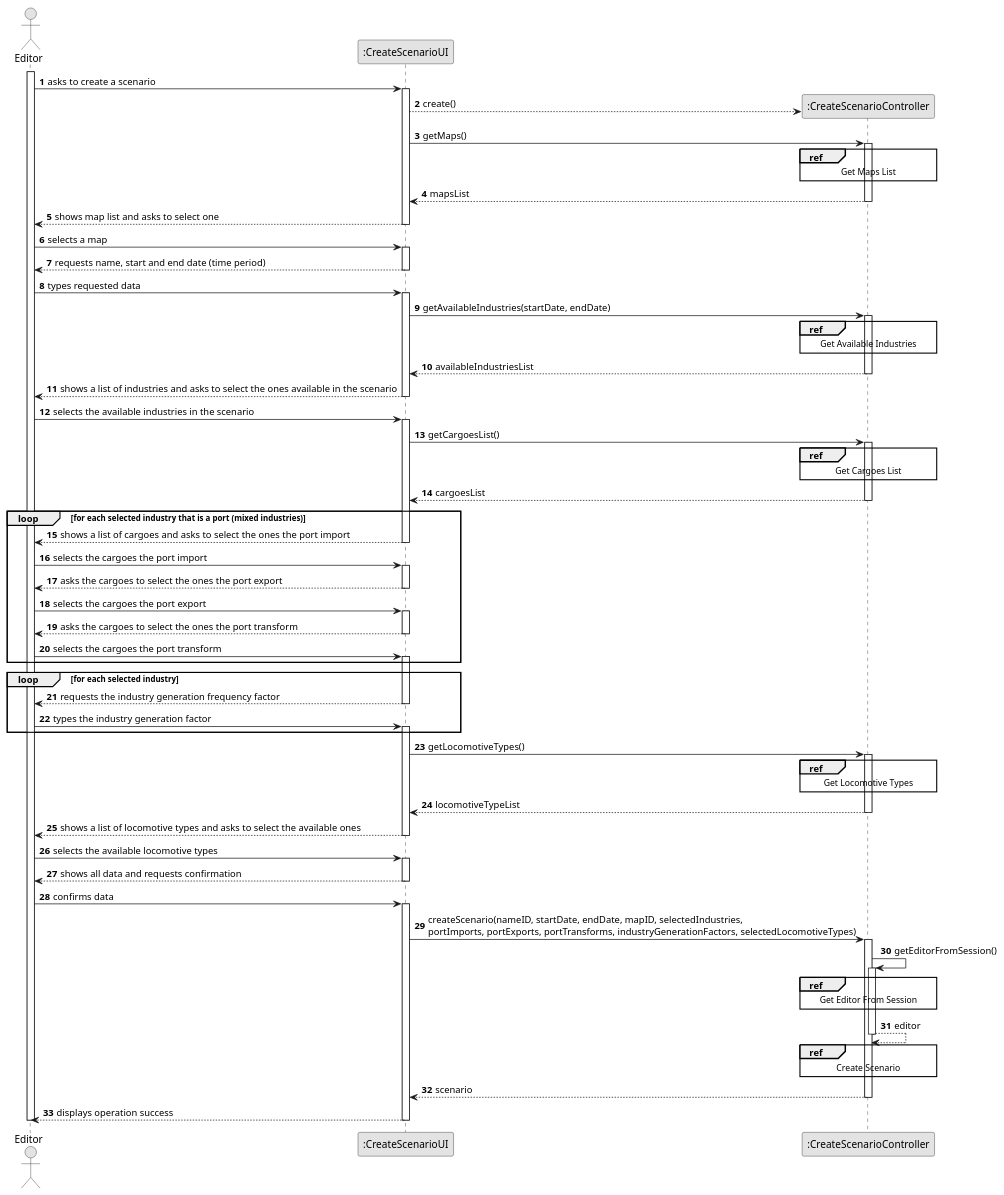
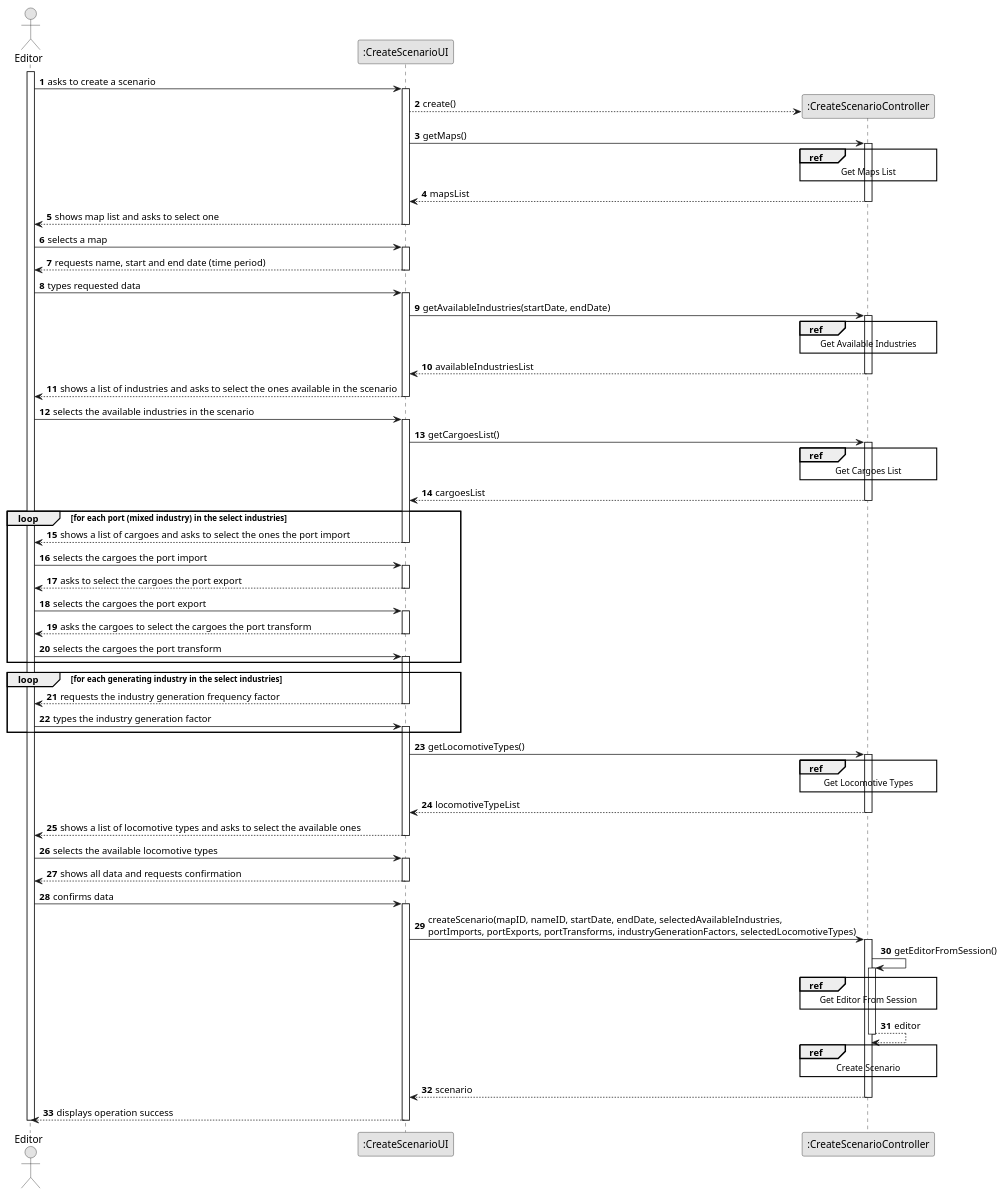
The diagram in docs/system-documentation/Sprint 2/US04/03.design/puml/US04-SD-split.puml (HenriqueSilva18/Railway-Network-Simulator), drawn with PlantUML before and after one commit. The commit also changed 4 other files, not shown here.

```diff
--- a/docs/system-documentation/Sprint 2/US04/03.design/puml/US04-SD-split.puml
+++ b/docs/system-documentation/Sprint 2/US04/03.design/puml/US04-SD-split.puml
@@ -1,129 +1,129 @@
 @startuml
 skinparam monochrome true
 skinparam packageStyle rectangle
 skinparam shadowing false
 
 autonumber
 
 'hide footbox
 actor "Editor" as EDITOR
 participant ":CreateScenarioUI" as UI
 participant ":CreateScenarioController" as CTRL
 
 activate EDITOR
 
     EDITOR -> UI : asks to create a scenario
     activate UI
         UI --> CTRL** : create()
 
         UI -> CTRL : getMaps()
         ref over CTRL
             Get Maps List
         end ref
 
         activate CTRL
             CTRL --> UI : mapsList
         deactivate CTRL
 
         UI --> EDITOR : shows map list and asks to select one
     deactivate UI
 
     EDITOR -> UI : selects a map
     activate UI
         UI --> EDITOR : requests name, start and end date (time period)
     deactivate UI
 
     EDITOR -> UI : types requested data
     activate UI
         UI -> CTRL : getAvailableIndustries(startDate, endDate)
         ref over CTRL
             Get Available Industries
         end ref
 
         activate CTRL
             CTRL --> UI : availableIndustriesList
         deactivate CTRL
 
         UI --> EDITOR : shows a list of industries and asks to select the ones available in the scenario
     deactivate UI
 
     EDITOR -> UI : selects the available industries in the scenario
     activate UI
         UI -> CTRL : getCargoesList()
         ref over CTRL
             Get Cargoes List
         end ref
 
         activate CTRL
             CTRL --> UI : cargoesList
         deactivate CTRL
 
-        loop for each selected industry that is a port (mixed industries)
+        loop for each port (mixed industry) in the select industries
             UI --> EDITOR : shows a list of cargoes and asks to select the ones the port import
             deactivate UI
 
             EDITOR -> UI : selects the cargoes the port import
             activate UI
-                UI --> EDITOR : asks the cargoes to select the ones the port export
+                UI --> EDITOR : asks to select the cargoes the port export
             deactivate UI
 
             EDITOR -> UI : selects the cargoes the port export
             activate UI
-                UI --> EDITOR : asks the cargoes to select the ones the port transform
+                UI --> EDITOR : asks the cargoes to select the cargoes the port transform
             deactivate UI
 
             EDITOR -> UI : selects the cargoes the port transform
             activate UI
         end
 
-        loop for each selected industry
+        loop for each generating industry in the select industries
             UI --> EDITOR : requests the industry generation frequency factor
             deactivate UI
 
             EDITOR -> UI : types the industry generation factor
             activate UI
         end
 
         UI -> CTRL : getLocomotiveTypes()
         ref over CTRL
             Get Locomotive Types
         end ref
 
         activate CTRL
             CTRL --> UI : locomotiveTypeList
         deactivate CTRL
 
         UI --> EDITOR : shows a list of locomotive types and asks to select the available ones
     deactivate UI
 
     EDITOR -> UI : selects the available locomotive types
     activate UI
         UI --> EDITOR : shows all data and requests confirmation
     deactivate UI
 
     EDITOR -> UI : confirms data
     activate UI
-        UI -> CTRL : createScenario(nameID, startDate, endDate, mapID, selectedIndustries, \nportImports, portExports, portTransforms, industryGenerationFactors, selectedLocomotiveTypes)
+        UI -> CTRL : createScenario(mapID, nameID, startDate, endDate, selectedAvailableIndustries, \nportImports, portExports, portTransforms, industryGenerationFactors, selectedLocomotiveTypes)
         activate CTRL
             CTRL -> CTRL : getEditorFromSession()
             ref over CTRL
                 Get Editor From Session
             end ref
 
             activate CTRL
                 CTRL --> CTRL : editor
             deactivate CTRL
 
             ref over CTRL
                 Create Scenario
             end ref
 
             CTRL --> UI : scenario
         deactivate CTRL
 
         UI --> EDITOR : displays operation success
     deactivate UI
 
 deactivate EDITOR
 
 @enduml 
```
